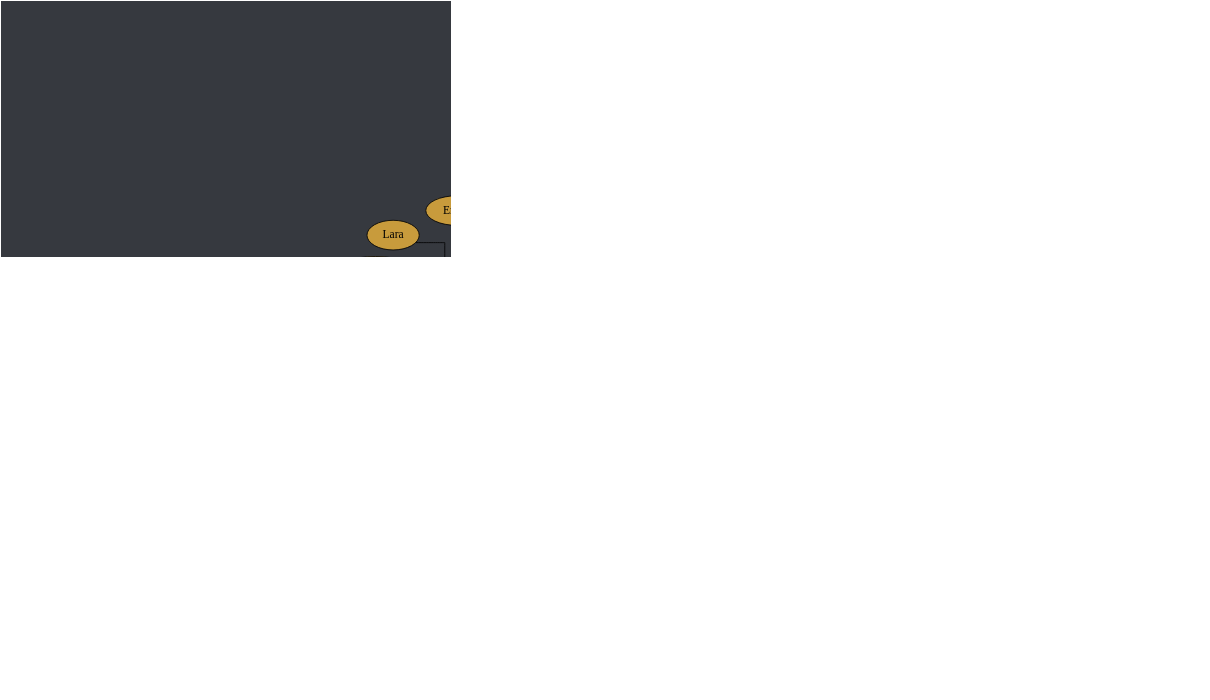
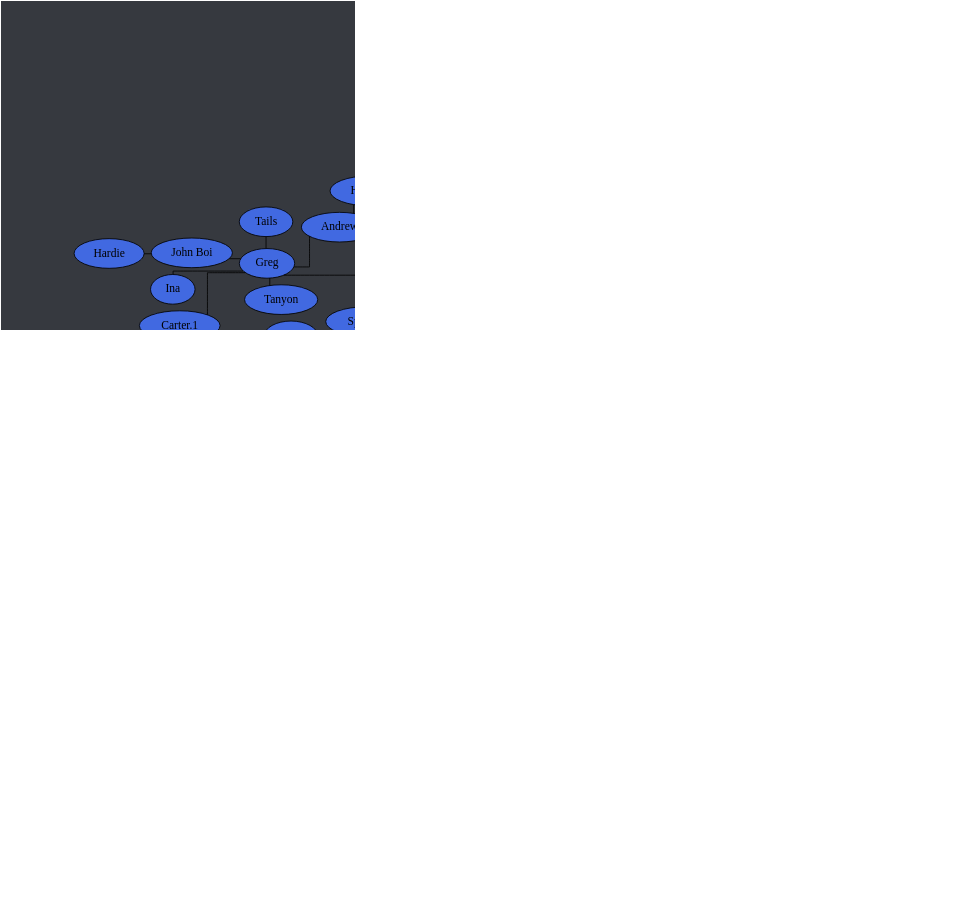
The diagram in tree.dot (Documidas/CoronaCatzFamilyTree), drawn with Graphviz before and after one commit. The commit also changed 1 other file, not shown here.

```diff
--- a/tree.dot
+++ b/tree.dot
@@ -1,180 +1,181 @@
 strict graph {
 	// Layout Configuration
 	layout = neato;
 	dpi = 200;
 	epsilon = 0.01;
 	mode = major;
 	model = subset;
 	overlap = false;
 	splines = ortho;
 	start = rand;
 
 	// Visual Configuration
 	graph [ truecolor=true bgcolor="#36393f" ];
 	node [ style=filled fillcolor="gray" fontcolor="black" ];
 
 	subgraph "Joel" {
 		node [ style=filled fillcolor="firebrick4" fontcolor="white" ];
 		Joel [ style=filled fillcolor="gold" fontcolor="black" ];
 
 		Cayla -- Ali;
 		Cayla -- Jonathan;
 		Cayla -- Kate;
 		Cayla -- Ranger;
 		Joel -- Anders;
 		Joel -- Cayla;
 		Joel -- Conner;
 		Joel -- Jared;
 		Joel -- Kat;
 		Joel -- Patrick;
 		Joel -- Steven;
 	}
 
 	subgraph "Anders" {
 		node [ style=filled fillcolor="green4" fontcolor="white" ];
 		// Anders [ style=filled fillcolor="green4" fontcolor="white" ];
 
 		Anders -- Chiara;
 		Anders -- Cody;
 		Anders -- Daniel;
 		Anders -- Derek;
 		Anders -- DJ;
 		Anders -- Hahnur;
 		Anders -- Jen;
 		Anders -- "Matt.2";
 		Anders -- Solis;
 		Anders -- Will;
 		Anders -- Wyatt;
 		Anders -- Zach;
 	}
 
 	subgraph "Jared" {
 		node [ style=filled fillcolor="royalblue" fontcolor="black" ];
 		// Jared [ style=filled fillcolor="royalblue" fontcolor="black" ];
 
 		Andrew -- Hannah;
 		Cole -- "Shadia/SJ";
 		Donnie -- Bianca;
 		Donnie -- Bryan;
 		Donnie -- Troy;
 		Greg -- Andrew;
 		Greg -- "Carter.1";
 		Greg -- Ina;
 		Greg -- "John Boi";
 		Greg -- Tails;
 		Greg -- Tanyon;
 		Hannah -- Raana;
 		Jared -- Brandi;
 		Jared -- Dave;
 		Jared -- Donnie;
 		Jared -- Fabi;
 		Jared -- "Jack.2";
 		Jared -- Cole;
 		Jared -- Kamon;
 		Jared -- Greg;
 		Jared -- Isabelle;
 		Jared -- Mason;
 		Jared -- "Matt.1";
 		Jared -- Mehmet;
 		Jared -- Nam;
 		Jared -- Pixie;
 		Jared -- Shannon;
 		Jared -- Spencer;
 		Jared -- Tyler;
 		Jared -- "Zach/Laniakea";
 		Jared -- Zoe;
 		"John Boi" -- Hardie;
 		"Shadia/SJ" -- Kalel;
 		"Shadia/SJ" -- Tommy;
 		Tommy -- Danny;
 		Troy -- Drake;
 		Tyler -- Gaby;
 		Zoe -- Brandon;
 	}
 
 	subgraph "Zach/Laniakea" {
 		node [ style=filled fillcolor="#4eff2c" fontcolor="black" ];
 		// "Zach/Laniakea" [ style=filled fillcolor="#4eff2c" fontcolor="black" ];
 
 		"Caio.2" -- "Kyle.1";
 		"Caio.2" -- Lucas;
 		Kuri -- "Andrew/Spook";
 		Kuri -- Jon;
 		Kuri -- Karma;
 		Kuri -- Ram;
 		Uko -- Marcus;
 		"Ryan/Wenger" -- Gracie;
 		"Zach/Laniakea" -- Allen;
 		"Zach/Laniakea" -- "Caio.2";
 		"Zach/Laniakea" -- John;
 		"Zach/Laniakea" -- Logan;
 		"Zach/Laniakea" -- Kevin;
 		"Zach/Laniakea" -- Kuri;
 		"Zach/Laniakea" -- "Kyle.0";
 		"Zach/Laniakea" -- Mike;
 		"Zach/Laniakea" -- "Ryan/Wenger";
 		"Zach/Laniakea" -- Uko;
 	}
 
 	subgraph "John" {
 		node [ style=filled fillcolor="#c89b3c" fontcolor="black" ];
 		// John [ style=filled fillcolor="#c89b3c" fontcolor="black" ];
 
 		John -- Anna;
 		John -- Emily;
 		John -- Haber;
 		John -- Jay;
 		John -- "Jack.1";
 		John -- Lara;
 		John -- Monarch;
 		John -- Thomas;
 	}
 
 	subgraph "John-stream" {
 		// node [ style=filled fillcolor="#9147ff" fontcolor="black" ];
 		node [ style=filled fillcolor="#c89b3c" fontcolor="black" ];
 
 		John -- "Michael/Wheezy";
 	}
 
 	subgraph "Thomas" {
 		node [ style=filled fillcolor="#b04900" fontcolor="black" ];
 		// Thomas [ style=filled fillcolor="#b04900" fontcolor="black" ];
 
 		Thomas -- Alex;
 		Thomas -- Bob;
 		Thomas -- Dre;
 		Thomas -- JD;
 		Thomas -- Josh;
 		Thomas -- Juan;
+		Thomas -- Pat;
 		Thomas -- Taylor;
 		Thomas -- Tony;
 		Thomas -- Travis;
 	}
 
 	subgraph "Alex" {
 		node [ style=filled fillcolor="#6f2da8" fontcolor="white" ];
 		// Alex [ style=filled fillcolor="#6f2da8" fontcolor="black" ];
 
 		Alex -- "Alex/Blitt";
 		Alex -- "Da'Von";
 		Alex -- Sam;
 		"Alex/Blitt" -- Alan;
 		"Alex/Blitt" -- "Alex the 3rd";
 		"Alex/Blitt" -- Brian;
 		"Alex/Blitt" -- Carlos;
 		"Alex/Blitt" -- Chris;
 		"Alex/Blitt" -- Gabriel;
 		"Alex/Blitt" -- "Kyle.3";
 		"Alex/Blitt" -- Laske;
 		"Alex/Blitt" -- Mikael;
 		"Alex/Blitt" -- "Ryan.1";
 		"Alex/Blitt" -- "Sam.2";
 		"Da'Von" -- Dalton;
 		"Da'Von" -- Zeller;
 		Dalton -- "Carter.2";
 		Dalton -- Graysen;
 		Gabriel -- "Ryan.2";
 		Zeller -- Sierra;
 	}
 }
```
